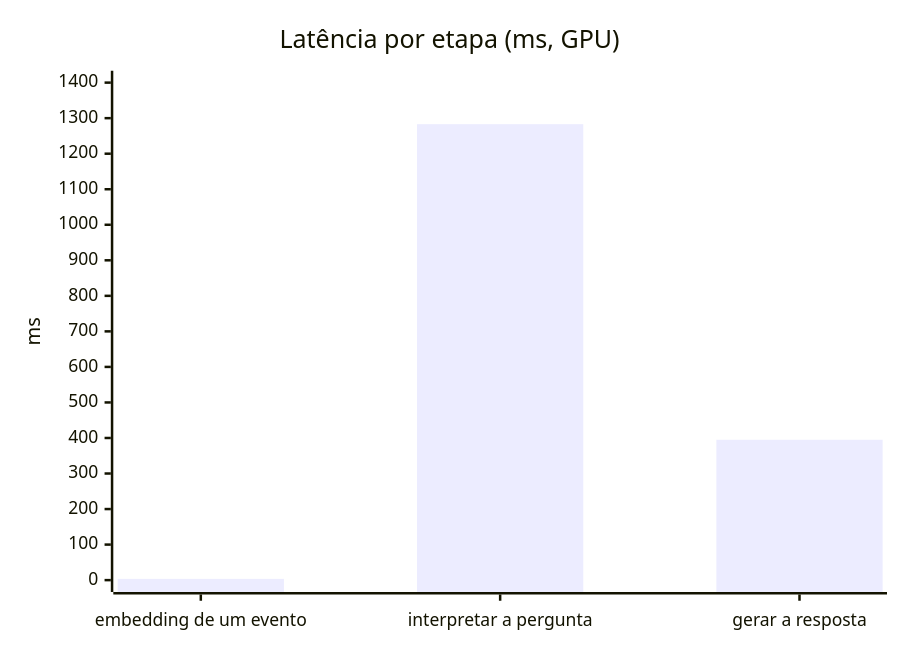
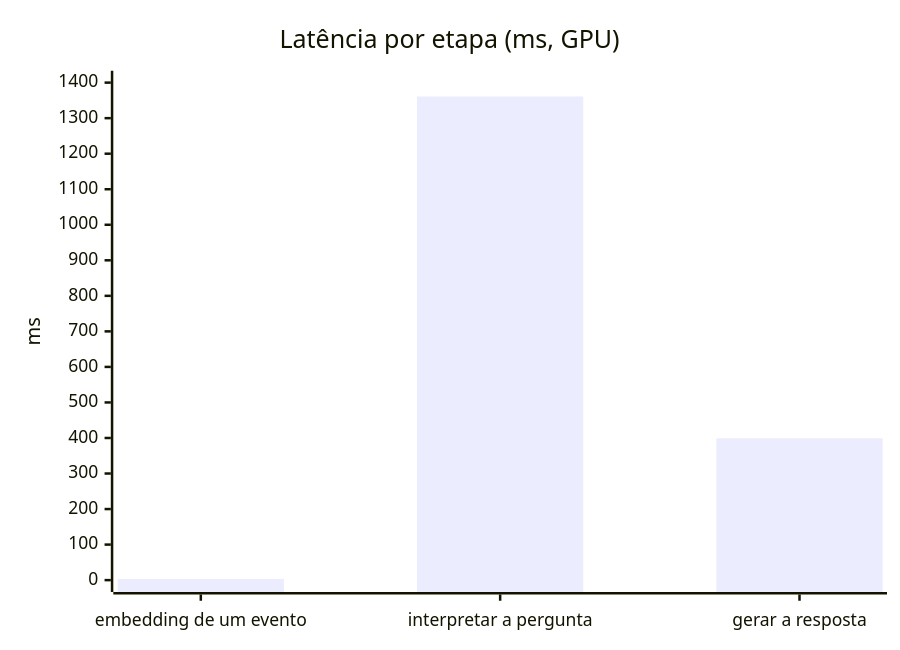
The fourth of 10 diagrams in docs/BENCHMARKS.md (Chipskein/cade), drawn with Mermaid before and after one commit. The commit also changed other lines of this file and 35 other files, not shown here.

````diff
--- a/docs/BENCHMARKS.md
+++ b/docs/BENCHMARKS.md
@@ -70,7 +70,7 @@
 ```mermaid
 xychart-beta
   title "Latência por etapa (ms, GPU)"
   x-axis ["embedding de um evento", "interpretar a pergunta", "gerar a resposta"]
   y-axis "ms" 0 --> 1400
-  bar [3.5, 1283, 395]
+  bar [3.4, 1361, 399]
 ```
````
